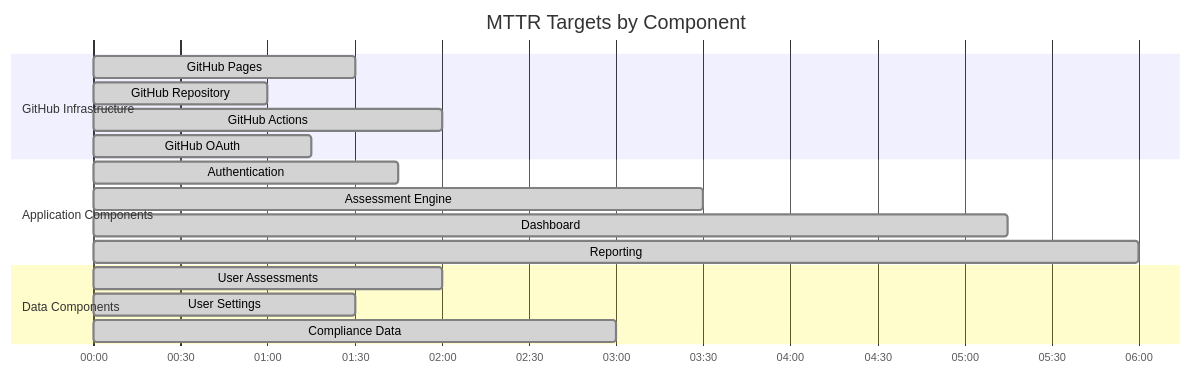
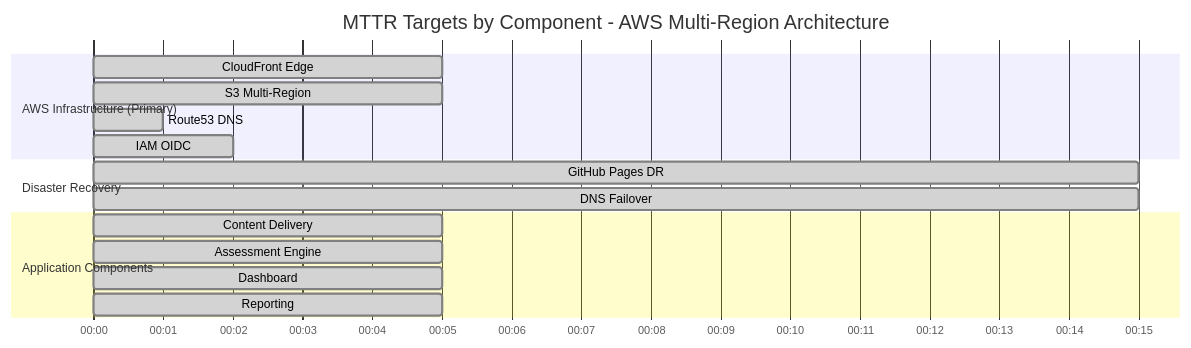
Diagram 13 of 33 in docs/architecture/BCPPlan.md (Hack23/cia-compliance-manager), drawn with Mermaid before and after one commit. The commit also changed other lines of this file and 6 other files, not shown here.

First line of the commit message:
docs: align architecture docs with Hack23 ISMS-PUBLIC standards (#942)

````diff
--- a/docs/architecture/BCPPlan.md
+++ b/docs/architecture/BCPPlan.md
@@ -460,23 +527,22 @@
 ```mermaid
 gantt
-    title MTTR Targets by Component
+    title MTTR Targets by Component - AWS Multi-Region Architecture
     dateFormat HH:mm
     axisFormat %H:%M
 
-    section GitHub Infrastructure
-    GitHub Pages       :done, 00:00, 01:30
-    GitHub Repository  :done, 00:00, 01:00
-    GitHub Actions     :done, 00:00, 02:00
-    GitHub OAuth       :done, 00:00, 01:15
+    section AWS Infrastructure (Primary)
+    CloudFront Edge     :done, 00:00, 00:05
+    S3 Multi-Region     :done, 00:00, 00:05
+    Route53 DNS         :done, 00:00, 00:01
+    IAM OIDC            :done, 00:00, 00:02
+
+    section Disaster Recovery
+    GitHub Pages DR     :done, 00:00, 00:15
+    DNS Failover        :done, 00:00, 00:15
 
     section Application Components
-    Authentication     :done, 00:00, 01:45
-    Assessment Engine  :done, 00:00, 03:30
-    Dashboard          :done, 00:00, 05:15
-    Reporting          :done, 00:00, 06:00
-
-    section Data Components
-    User Assessments   :done, 00:00, 02:00
-    User Settings      :done, 00:00, 01:30
-    Compliance Data    :done, 00:00, 03:00
+    Content Delivery    :done, 00:00, 00:05
+    Assessment Engine   :done, 00:00, 00:05
+    Dashboard           :done, 00:00, 00:05
+    Reporting           :done, 00:00, 00:05
 ```
````
